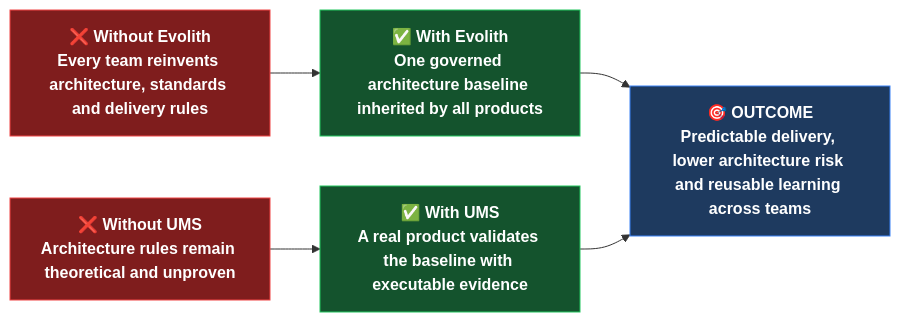
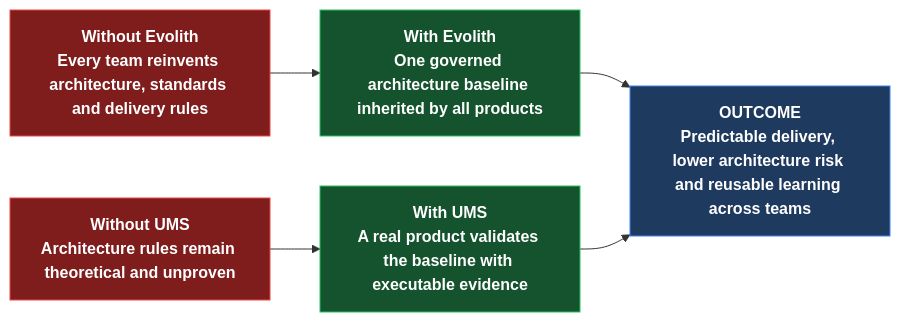
The second of 4 diagrams in reference/governance/standards/communication/visuals/v01-executive-one-pager.md (beyondnetcode/evolith_arch32), drawn with Mermaid before and after one commit. The commit also changed other lines of this file and 41 other files, not shown here.

````diff
--- a/reference/governance/standards/communication/visuals/v01-executive-one-pager.md
+++ b/reference/governance/standards/communication/visuals/v01-executive-one-pager.md
@@ -53,19 +53,19 @@
 ```mermaid
 flowchart LR
     classDef problem fill:#7f1d1d,stroke:#ef4444,color:#ffffff,font-weight:bold
     classDef solution fill:#14532d,stroke:#22c55e,color:#ffffff,font-weight:bold
     classDef outcome fill:#1e3a5f,stroke:#3b82f6,color:#ffffff,font-weight:bold
 
-    P1["❌ Without Evolith\nEvery team reinvents architecture, standards and delivery rules"]:::problem
-    P2["❌ Without UMS\nArchitecture rules remain theoretical and unproven"]:::problem
+    P1[" Without Evolith\nEvery team reinvents architecture, standards and delivery rules"]:::problem
+    P2[" Without UMS\nArchitecture rules remain theoretical and unproven"]:::problem
 
-    S1["✅ With Evolith\nOne governed architecture baseline inherited by all products"]:::solution
-    S2["✅ With UMS\nA real product validates the baseline with executable evidence"]:::solution
+    S1[" With Evolith\nOne governed architecture baseline inherited by all products"]:::solution
+    S2[" With UMS\nA real product validates the baseline with executable evidence"]:::solution
 
-    O["🎯 OUTCOME\nPredictable delivery, lower architecture risk and reusable learning across teams"]:::outcome
+    O[" OUTCOME\nPredictable delivery, lower architecture risk and reusable learning across teams"]:::outcome
 
     P1 --> S1
     P2 --> S2
     S1 --> O
     S2 --> O
 ```
````
